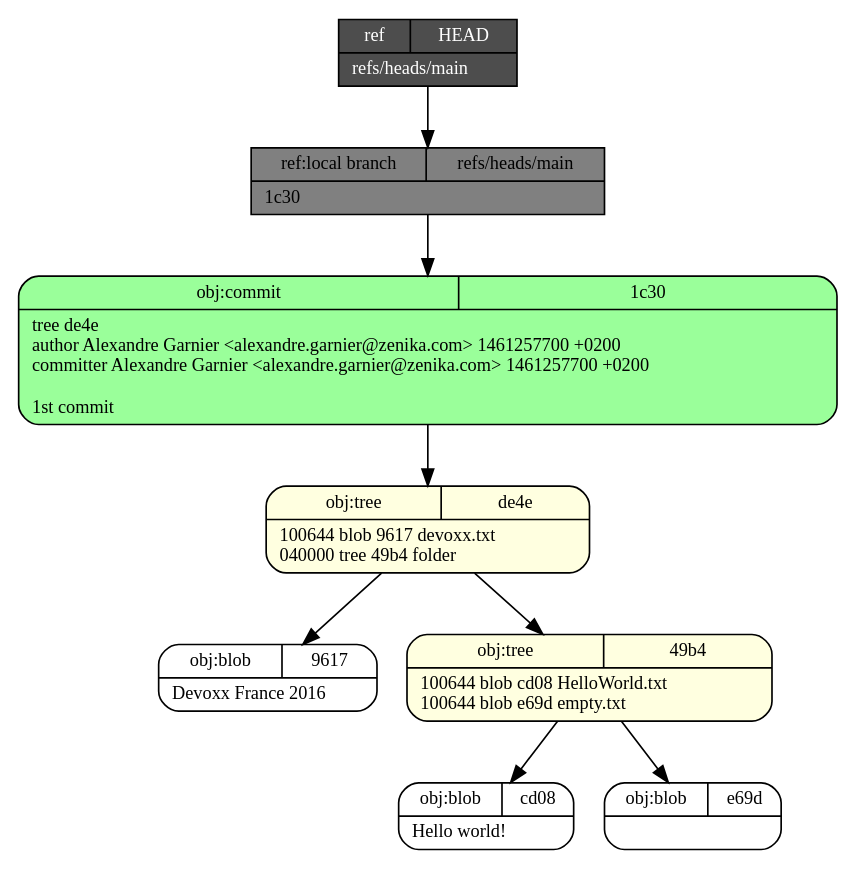
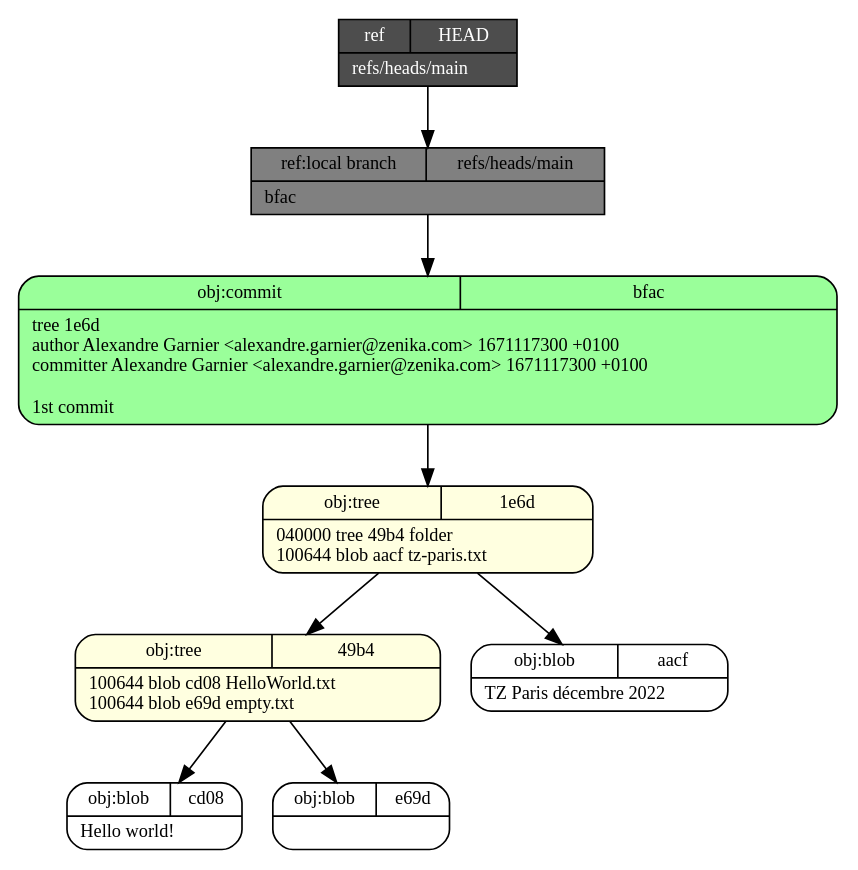
One commit to zigarn/git-internals changed the diagram in create_refs.dot. Above: the diagram before and after it, drawn with Graphviz. The commit also changed 9 other files, not shown here.

```diff
--- a/create_refs.dot
+++ b/create_refs.dot
@@ -1,19 +1,19 @@
 digraph structs {
   node [shape=record,fontsize=11];
   rankdir="TB";
-  _1c30 [fillcolor="palegreen1", style="filled,rounded", label="{{obj:commit|1c30}|tree\ de4e\lauthor\ Alexandre\ Garnier\ \<alexandre\.garnier\@zenika\.com\>\ 1461257700\ \+0200\lcommitter\ Alexandre\ Garnier\ \<alexandre\.garnier\@zenika\.com\>\ 1461257700\ \+0200\l\l1st\ commit\l}"]
-  _1c30 -> _de4e
-  _de4e [fillcolor="lightyellow", style="filled,rounded", label="{{obj:tree|de4e}|100644\ blob\ 9617\	devoxx\.txt\l040000\ tree\ 49b4\	folder\l}"]
-  _de4e -> _9617
-  _de4e -> _49b4
+  _bfac [fillcolor="palegreen1", style="filled,rounded", label="{{obj:commit|bfac}|tree\ 1e6d\lauthor\ Alexandre\ Garnier\ \<alexandre\.garnier\@zenika\.com\>\ 1671117300\ \+0100\lcommitter\ Alexandre\ Garnier\ \<alexandre\.garnier\@zenika\.com\>\ 1671117300\ \+0100\l\l1st\ commit\l}"]
+  _bfac -> _1e6d
+  _1e6d [fillcolor="lightyellow", style="filled,rounded", label="{{obj:tree|1e6d}|040000\ tree\ 49b4\	folder\l100644\ blob\ aacf\	tz-paris\.txt\l}"]
+  _1e6d -> _49b4
+  _1e6d -> _aacf
   _cd08 [fillcolor="white", style="filled,rounded", label="{{obj:blob|cd08}|Hello\ world\!\l}"]
   _e69d [fillcolor="white", style="filled,rounded", label="{{obj:blob|e69d}|}"]
   _49b4 [fillcolor="lightyellow", style="filled,rounded", label="{{obj:tree|49b4}|100644\ blob\ cd08\	HelloWorld\.txt\l100644\ blob\ e69d\	empty\.txt\l}"]
   _49b4 -> _cd08
   _49b4 -> _e69d
-  _9617 [fillcolor="white", style="filled,rounded", label="{{obj:blob|9617}|Devoxx\ France\ 2016\l}"]
-  _refs___heads___main [style=filled, fillcolor=gray,  label="{{ref:local branch|refs\/heads\/main}|1c30\l}"]
-  _refs___heads___main -> _1c30
+  _aacf [fillcolor="white", style="filled,rounded", label="{{obj:blob|aacf}|TZ\ Paris\ décembre\ 2022\l}"]
+  _refs___heads___main [style=filled, fillcolor=gray,  label="{{ref:local branch|refs\/heads\/main}|bfac\l}"]
+  _refs___heads___main -> _bfac
   _HEAD [style=filled, fillcolor=gray30, fontcolor=white,  label="{{ref|HEAD}|refs\/heads\/main\l}"]
   _HEAD -> _refs___heads___main
 }
```
